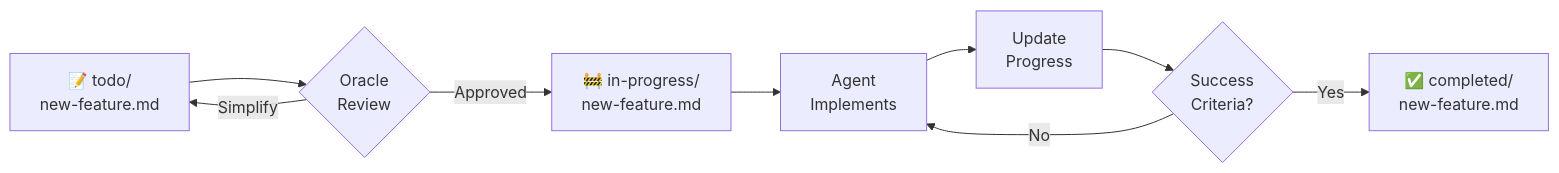
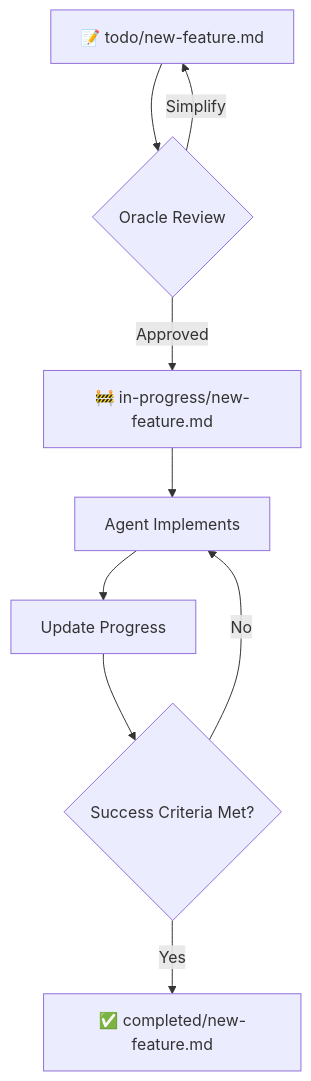
The diagram in src/content/posts/agent-planning-workflow.md (colmarius/colmarius.github.io), drawn with Mermaid before and after one commit.

Commit message:
Improve diagram readability

````diff
--- a/src/content/posts/agent-planning-workflow.md
+++ b/src/content/posts/agent-planning-workflow.md
@@ -52,11 +52,19 @@
 ```mermaid
-flowchart LR
-    Todo[📝 todo/<br/>new-feature.md] --> Review{Oracle<br/>Review}
+flowchart TD
+    Todo[📝 todo/new-feature.md]
+    Review{Oracle Review}
+    Progress[🚧 in-progress/new-feature.md]
+    Code[Agent Implements]
+    Update[Update Progress]
+    Done{Success Criteria Met?}
+    Complete[✅ completed/new-feature.md]
+
+    Todo --> Review
     Review -->|Simplify| Todo
-    Review -->|Approved| Progress[🚧 in-progress/<br/>new-feature.md]
-    Progress --> Code[Agent<br/>Implements]
-    Code --> Update[Update<br/>Progress]
-    Update --> Done{Success<br/>Criteria?}
+    Review -->|Approved| Progress
+    Progress --> Code
+    Code --> Update
+    Update --> Done
     Done -->|No| Code
-    Done -->|Yes| Complete[✅ completed/<br/>new-feature.md]
+    Done -->|Yes| Complete
 ```
````
